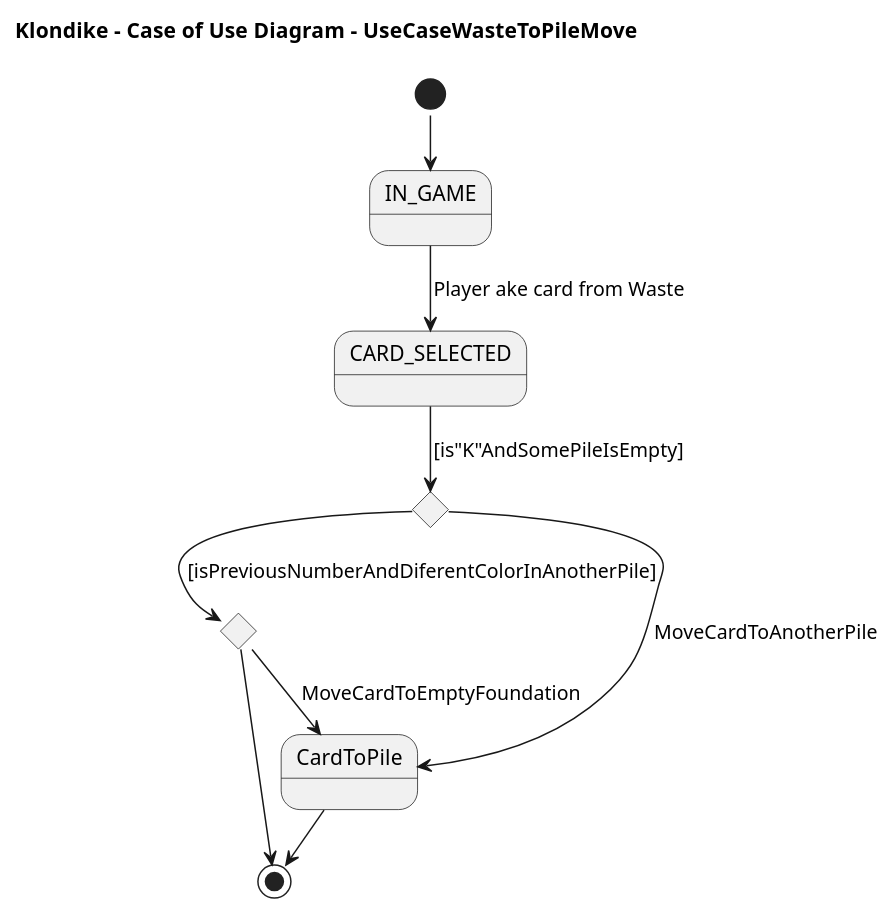
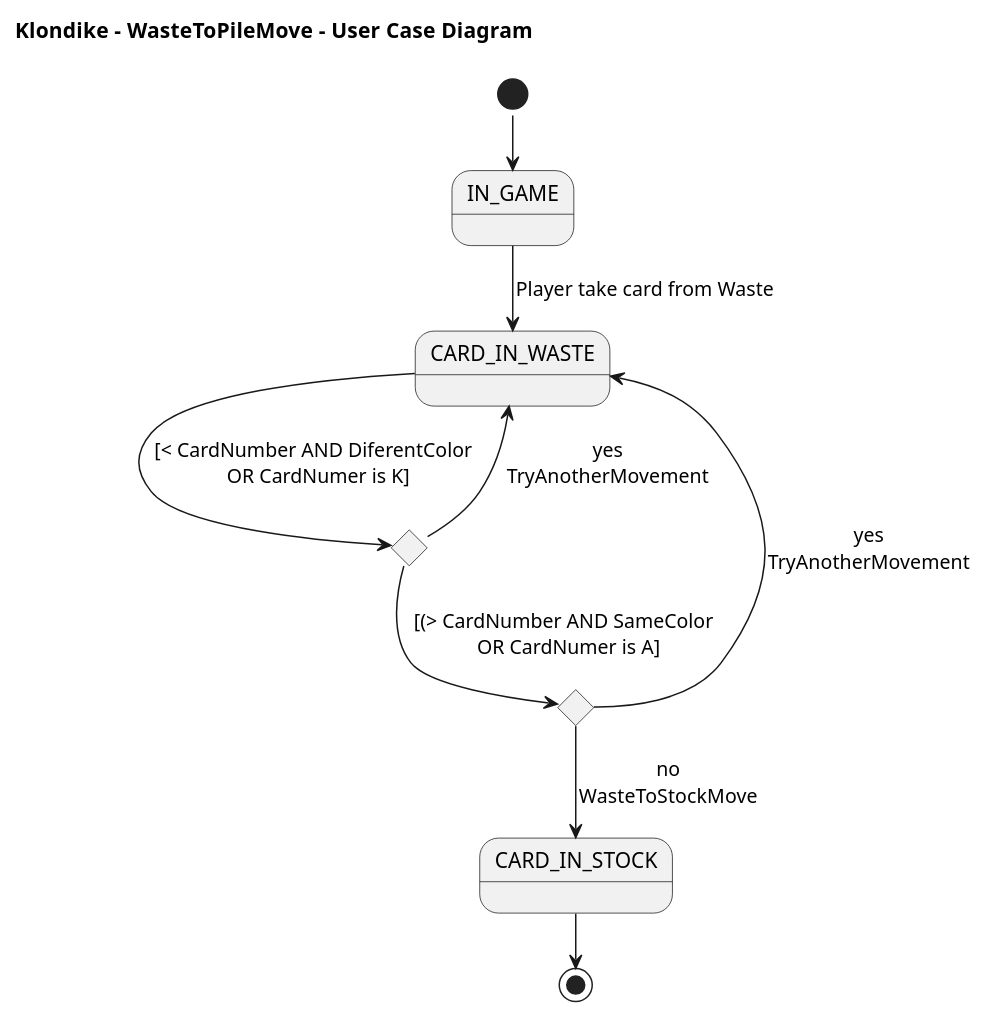
One commit to AngelOS95P/Maestria_IngSoftware_grupo6 changed the diagram in 2 Modelo de vistas de caso de uso/Diagrama de caso de uso - WasteToStock.plantuml. Above: the diagram before and after it, drawn with PlantUML. The commit also changed 16 other files, not shown here.

```diff
--- a/2 Modelo de vistas de caso de uso/Diagrama de caso de uso - WasteToStock.plantuml
+++ b/2 Modelo de vistas de caso de uso/Diagrama de caso de uso - WasteToStock.plantuml
@@ -1,23 +1,20 @@
-@startuml UseCaseWasteToPileMove
+@startuml UCWasteToPileMove
 !pragma layout smetana
-title Klondike  - Case of Use Diagram - UseCaseWasteToPileMove
-
+title Klondike  - WasteToPileMove - User Case Diagram
 
 state IN_GAME
-state CARD_SELECTED
+state CARD_IN_WASTE
 state if <<choice>>
 state if2 <<choice>>
-
-state CardToPile
+state CARD_IN_STOCK
 
 [*] --> IN_GAME
-IN_GAME --> CARD_SELECTED: Player ake card from Waste
-CARD_SELECTED --> if: [is"K"AndSomePileIsEmpty]
-if --> if2:[isPreviousNumberAndDiferentColorInAnotherPile]
-if --> CardToPile: MoveCardToAnotherPile
-if2 --> CardToPile: MoveCardToEmptyFoundation
-if2 --> [*]
-
-CardToPile--> [*]
+IN_GAME --> CARD_IN_WASTE: Player take card from Waste
+CARD_IN_WASTE --> if: [< CardNumber AND DiferentColor \n OR CardNumer is K]
+if --> if2: [(> CardNumber AND SameColor \n OR CardNumer is A]
+if --> CARD_IN_WASTE: yes\nTryAnotherMovement
+if2 --> CARD_IN_STOCK: no\nWasteToStockMove
+if2 --> CARD_IN_WASTE: yes\nTryAnotherMovement
+CARD_IN_STOCK --> [*]
 
 @enduml
```
